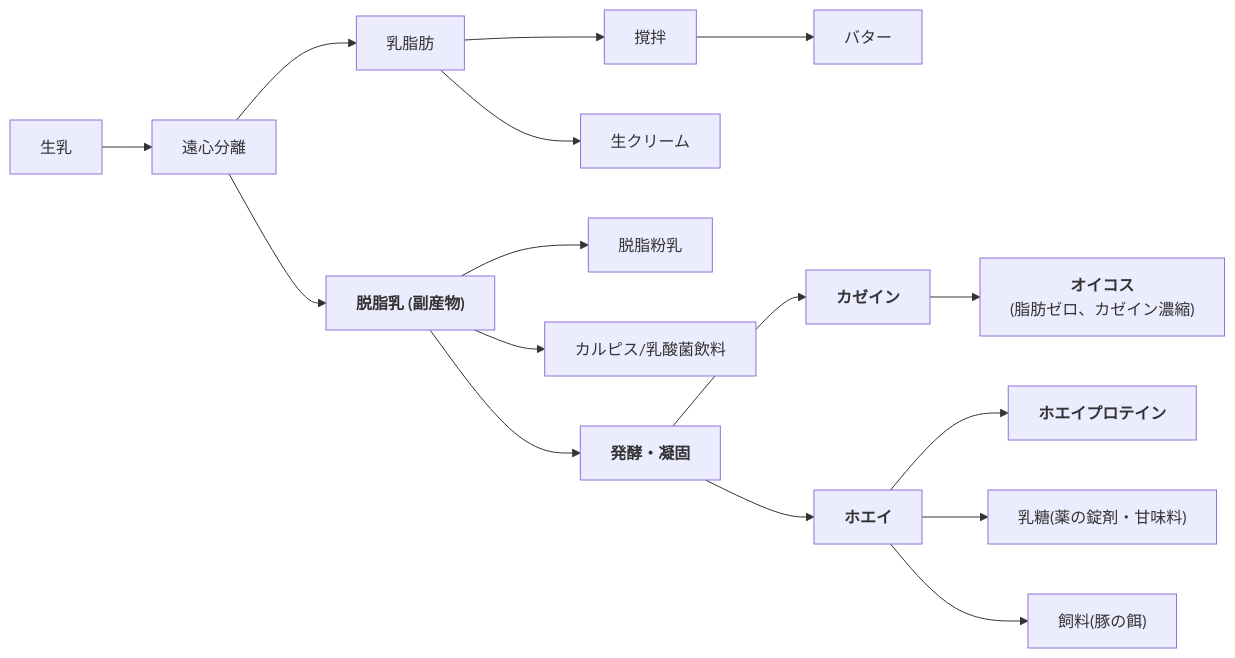
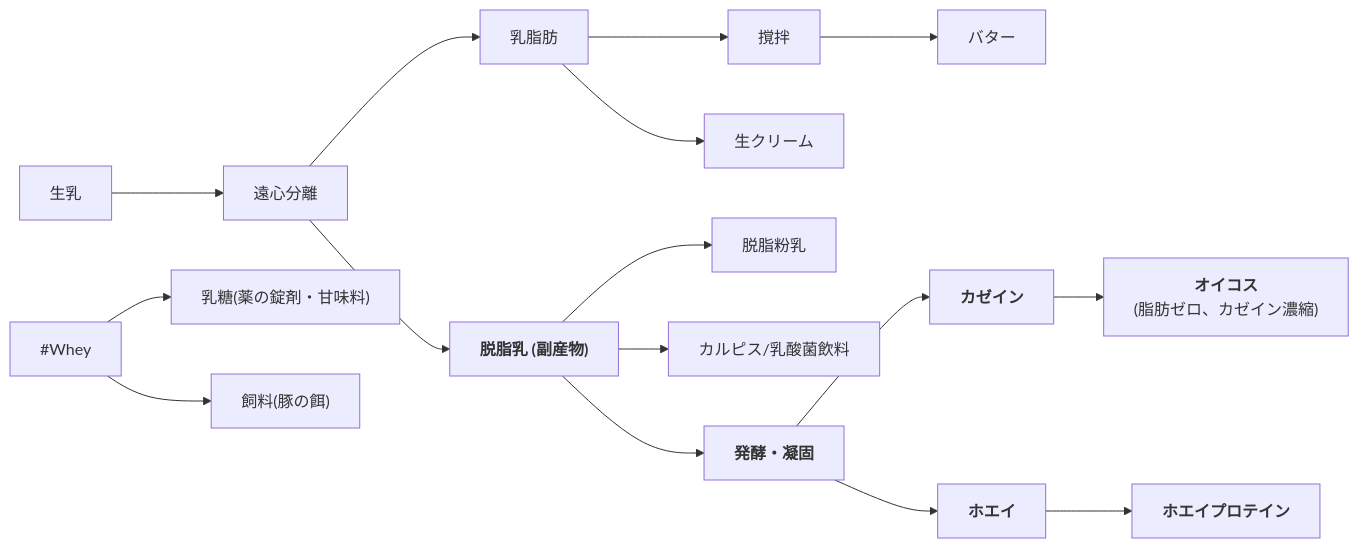
The first of 2 diagrams in README.md (ussyi-git/-), drawn with Mermaid before and after one commit.

````diff
--- a/README.md
+++ b/README.md
@@ -1,24 +1,24 @@
 ```mermaid
 graph LR
 Milk["生乳"]-->Separator["遠心分離"]
 %% --- クリーム側の流れ ---
 Separator-->Cream["乳脂肪"]
 Cream-->ButterProcess["撹拌"]
   Cream-->creamyProcess["生クリーム"]
 ButterProcess-->Butter["バター"]
 %% --- 脱脂乳側の流れ ---
 Separator-->SkimMilk["<b>脱脂乳 (副産物)</b>"]
 %% そのまま加工
 SkimMilk-->Powder["脱脂粉乳"]
 SkimMilk-->Calpis["カルピス/乳酸菌飲料"]
 %% 発酵プロセスへ
 SkimMilk-->Ferment["<b>発酵・凝固</b>"]
 %% 固形分（カゼイン）の行方
 Ferment-->Curd["<b>カゼイン</b>"]
 Curd-->Oikos["<b>オイコス</b><br>(脂肪ゼロ、カゼイン濃縮)"]
 %% 液体（ホエイ）の行方
 Ferment-->Whey["<b>ホエイ</b>"]
 Whey-->WPC_WPI["<b>ホエイプロテイン</b>"]
-Whey-->Lactose["乳糖(薬の錠剤・甘味料)"]
-Whey-->Cooking["飼料(豚の餌)"]
+#Whey-->Lactose["乳糖(薬の錠剤・甘味料)"]
+#Whey-->Cooking["飼料(豚の餌)"]
 ```
````
